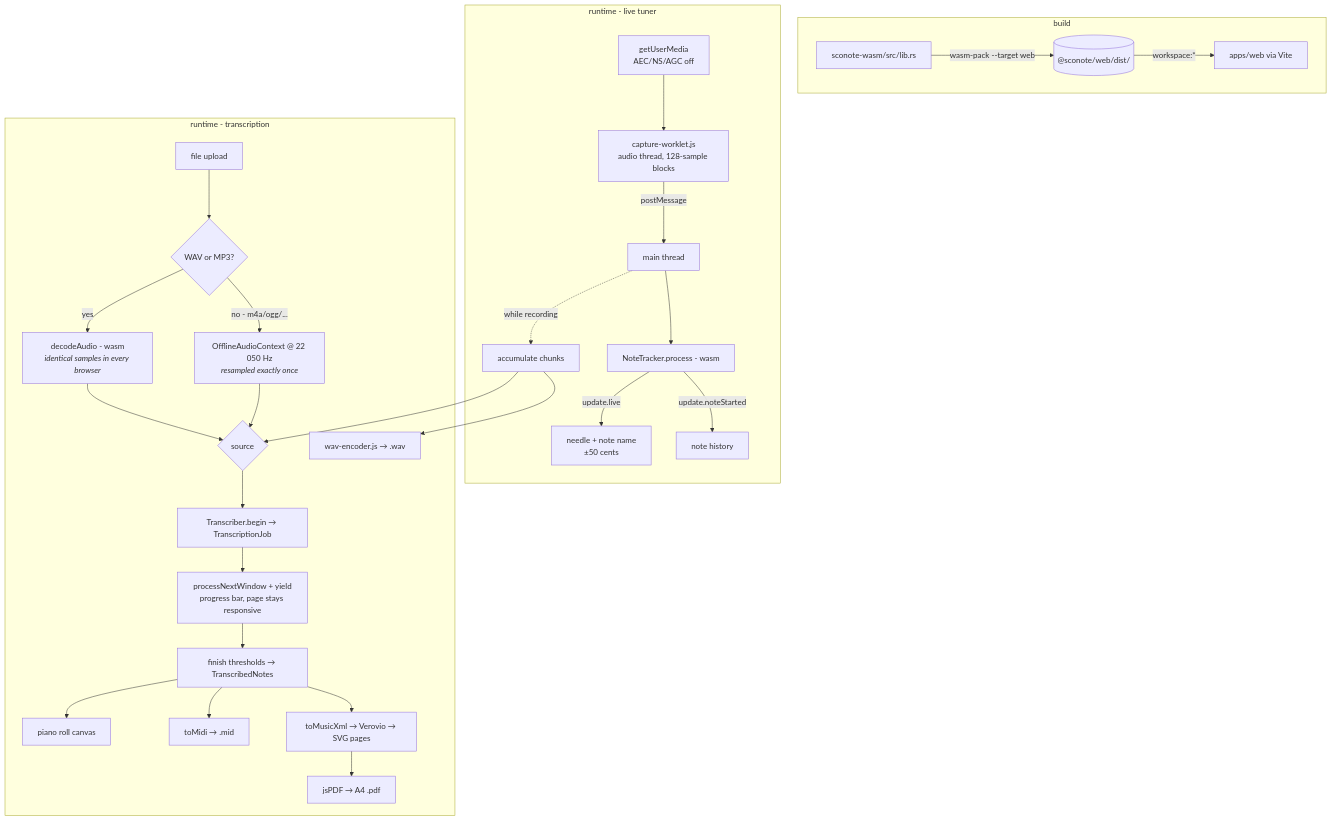
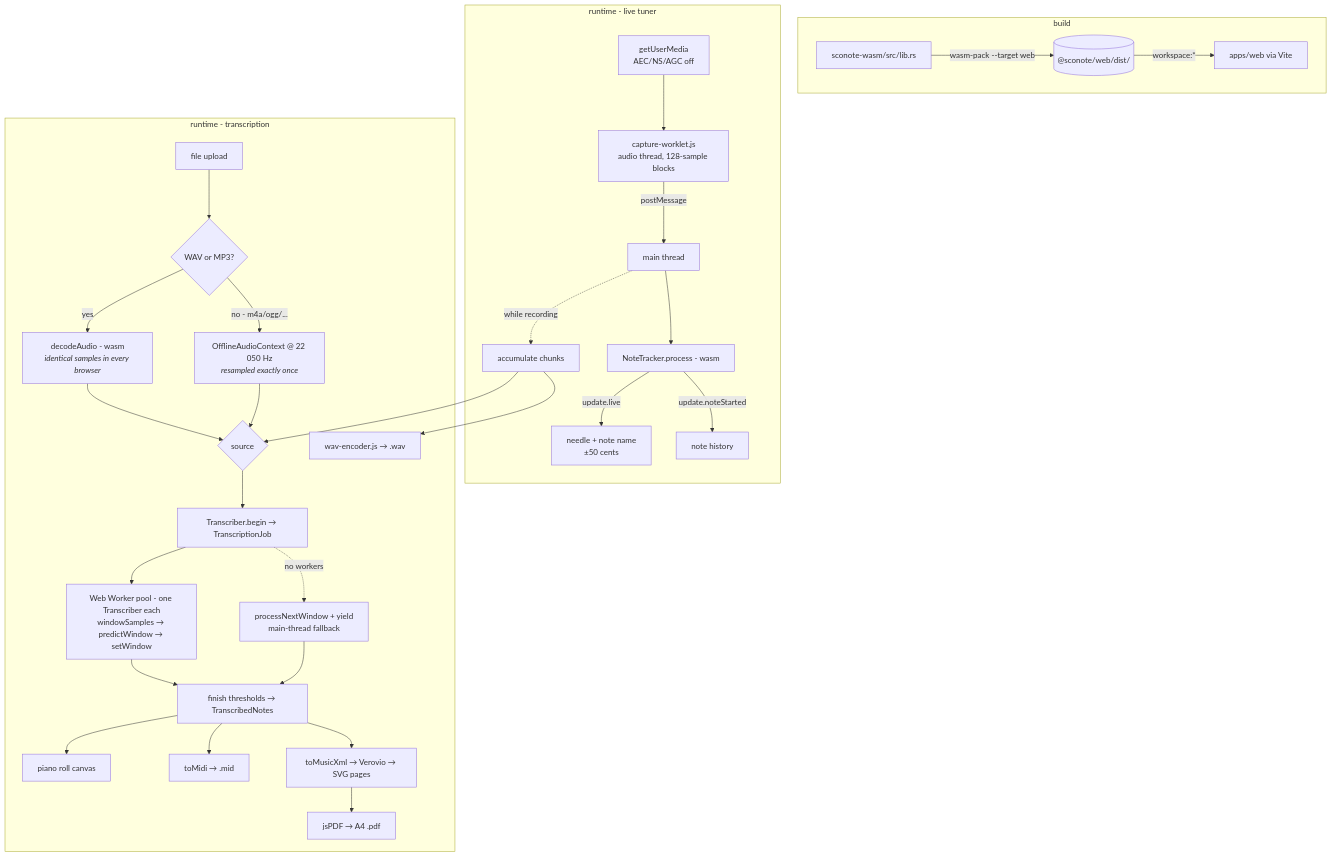
One commit to soroush-tech/sconote changed the sixth of 8 diagrams in README.md. Above: the diagram before and after it, drawn with Mermaid. The commit also changed other lines of this file and 9 other files, not shown here.

````diff
--- a/README.md
+++ b/README.md
@@ -232,34 +238,36 @@
 ```mermaid
 flowchart TD
     subgraph build["build"]
         RS["sconote-wasm/src/lib.rs"] -->|wasm-pack --target web| DIST[("@sconote/web/dist/")]
         DIST -->|"workspace:*"| VITE["apps/web via Vite"]
     end
 
     subgraph live["runtime - live tuner"]
         MIC["getUserMedia<br/>AEC/NS/AGC off"] --> WL["capture-worklet.js<br/>audio thread, 128-sample blocks"]
         WL -->|postMessage| MAIN["main thread"]
         MAIN --> NT["NoteTracker.process - wasm"]
         NT -->|"update.live"| NEEDLE["needle + note name<br/>±50 cents"]
         NT -->|"update.noteStarted"| HIST["note history"]
         MAIN -.->|while recording| CHUNKS["accumulate chunks"]
     end
 
     subgraph offline["runtime - transcription"]
         SRC{"source"}
         CHUNKS --> SRC
         UP["file upload"] --> DEC{"WAV or MP3?"}
         DEC -->|yes| RUSTDEC["decodeAudio - wasm<br/><i>identical samples in every browser</i>"]
         DEC -->|"no - m4a/ogg/..."| BROWSER["OfflineAudioContext @ 22 050 Hz<br/><i>resampled exactly once</i>"]
         RUSTDEC --> SRC
         BROWSER --> SRC
         SRC --> JOB["Transcriber.begin → TranscriptionJob"]
-        JOB --> LOOP["processNextWindow + yield<br/>progress bar, page stays responsive"]
-        LOOP --> FIN["finish thresholds → TranscribedNotes"]
+        JOB --> POOL["Web Worker pool - one Transcriber each<br/>windowSamples → predictWindow → setWindow"]
+        JOB -.->|no workers| LOOP["processNextWindow + yield<br/>main-thread fallback"]
+        POOL --> FIN["finish thresholds → TranscribedNotes"]
+        LOOP --> FIN
         FIN --> OUT1["piano roll canvas"]
         FIN --> OUT2["toMidi → .mid"]
         FIN --> OUT3["toMusicXml → Verovio → SVG pages"]
         OUT3 --> PDF["jsPDF → A4 .pdf"]
         CHUNKS --> WAVDL["wav-encoder.js → .wav"]
     end
 ```
````
